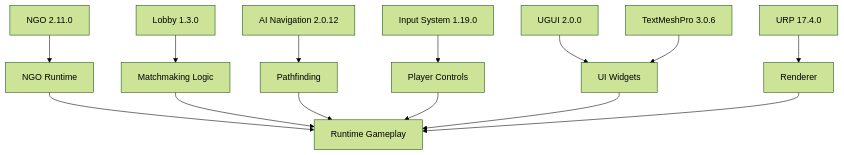
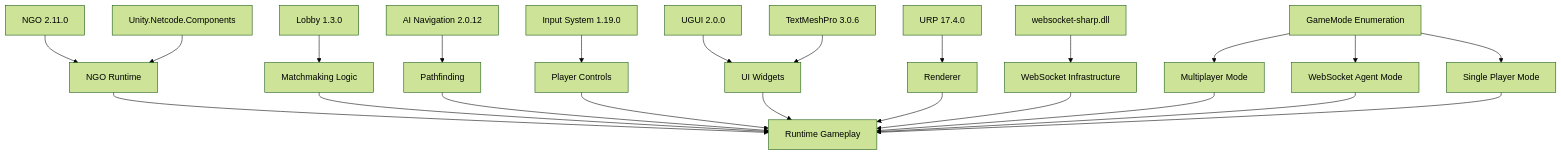
One commit to kandeng/AI-Controlled-battle-game changed the seventh of 7 diagrams in .qoder/repowiki/en/content/Project Overview/Technology Stack.md. Above: the diagram before and after it, drawn with Mermaid (forest theme). The commit also changed other lines of this file and 76 other files, not shown here.

````diff
--- a/.qoder/repowiki/en/content/Project Overview/Technology Stack.md
+++ b/.qoder/repowiki/en/content/Project Overview/Technology Stack.md
@@ -263,16 +375,25 @@
 ```mermaid
 graph TB
 NGO["NGO 2.11.0"] --> NetcodeRuntime["NGO Runtime"]
 LOBBY["Lobby 1.3.0"] --> Matchmaking["Matchmaking Logic"]
 NAV["AI Navigation 2.0.12"] --> Pathfinding["Pathfinding"]
 INPUT["Input System 1.19.0"] --> Controls["Player Controls"]
 UGUI["UGUI 2.0.0"] --> UIWidgets["UI Widgets"]
 TMP["TextMeshPro 3.0.6"] --> UIWidgets
 URP["URP 17.4.0"] --> Renderer["Renderer"]
+WS["websocket-sharp.dll"] --> WebSocketInfra["WebSocket Infrastructure"]
+WNC["Unity.Netcode.Components"] --> NetcodeRuntime
+MODE["GameMode Enumeration"] --> Multiplayer["Multiplayer Mode"]
+MODE --> WebSocketAgent["WebSocket Agent Mode"]
+MODE --> SinglePlayer["Single Player Mode"]
 NetcodeRuntime --> Runtime["Runtime Gameplay"]
 Matchmaking --> Runtime
 Pathfinding --> Runtime
 Controls --> Runtime
 UIWidgets --> Runtime
 Renderer --> Runtime
+WebSocketInfra --> Runtime
+Multiplayer --> Runtime
+WebSocketAgent --> Runtime
+SinglePlayer --> Runtime
 ```
````
